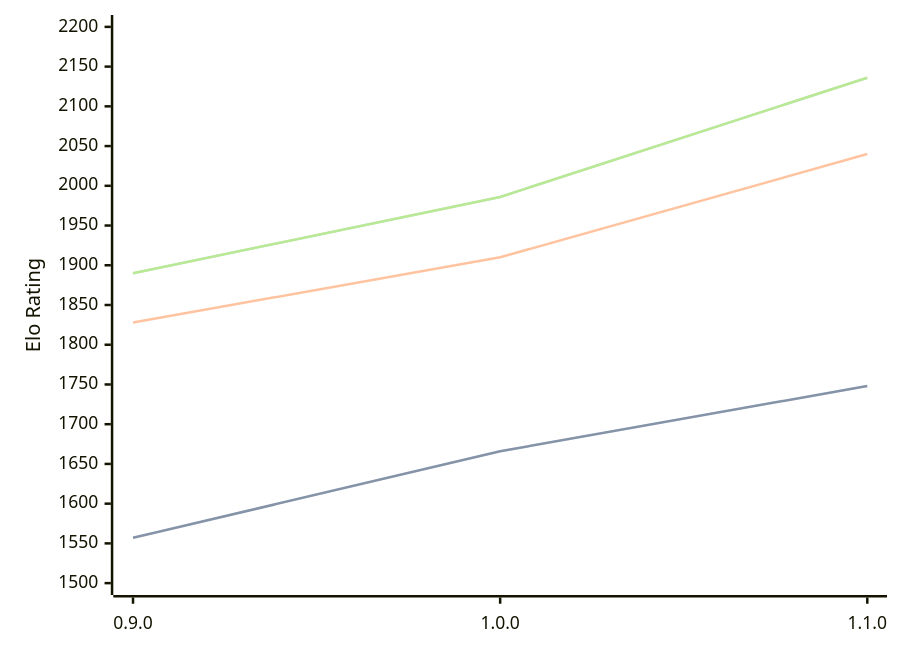
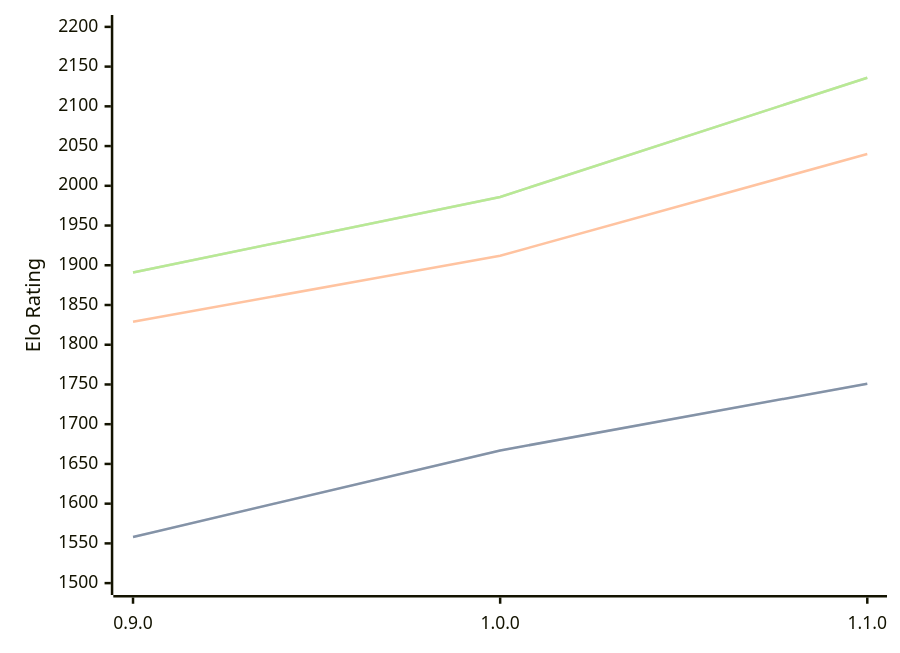
One commit to computer-chess-index/cci changed the diagram in engines/Ratsu.md. Above: the diagram before and after it, drawn with Mermaid. The commit also changed other lines of this file, not shown here.

Commit message:
Update CCI Ratings (ELO VLTC) - 2026-05-01

````diff
--- a/engines/Ratsu.md
+++ b/engines/Ratsu.md
@@ -33,11 +33,11 @@
 ```mermaid
 %%{init: {"theme":"base","themeVariables":{"seriesColors:['#a3a3a3','#222221','#faa371']}}}%%
 xychart-beta
   x-axis ["0.9.0", "1.0.0", "1.1.0"]
   y-axis "Elo Rating" 1500 --> 2200
-  line "STC (8.0+0.08s)" [1557, 1666, 1748]
-  line "STC (8.0+0.08s)" [1557, 1666, 1748]
-  line "LTC (60.0+0.60s)" [1828, 1910, 2040]
-  line "VLTC (2m24s+1.12s)" [1890, 1986, 2136]
-  line "VLTC (2m24s+1.12s)" [1890, 1986, 2136]
+  line "STC (8.0+0.08s)" [1558, 1667, 1751]
+  line "STC (8.0+0.08s)" [1558, 1667, 1751]
+  line "LTC (60.0+0.60s)" [1829, 1912, 2040]
+  line "VLTC (2m24s+1.12s)" [1891, 1986, 2136]
+  line "VLTC (2m24s+1.12s)" [1891, 1986, 2136]
 ```
````
